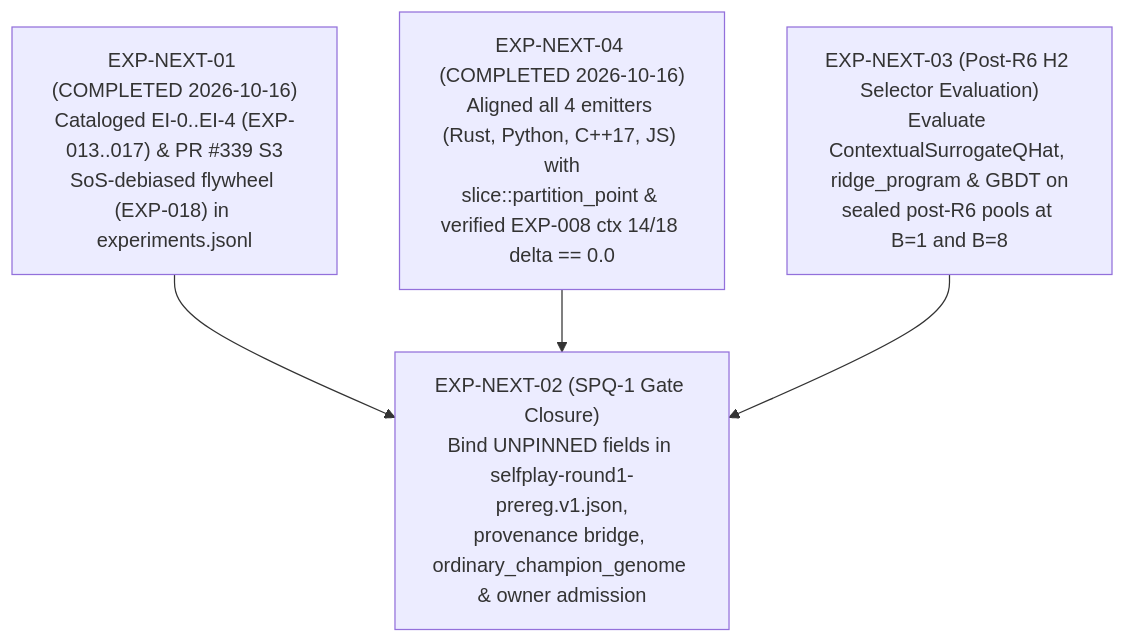
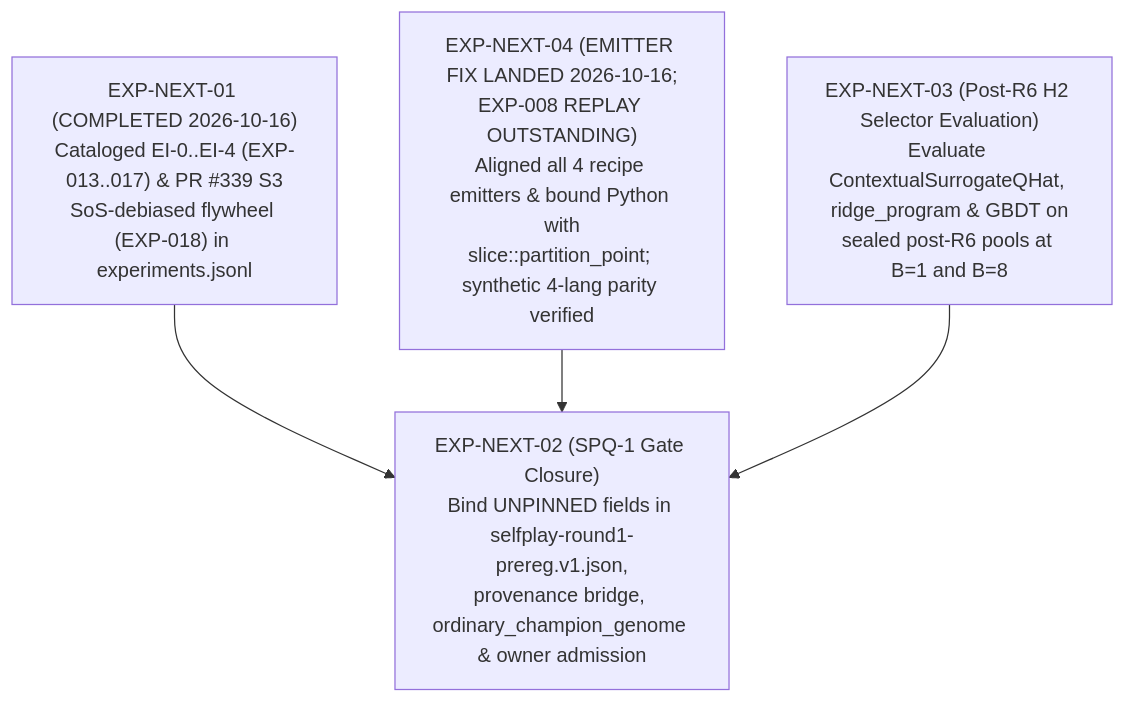
Before and after one commit to neverhuman/JopeDime: the diagram in docs/experiments/SYNTHESIS_AND_NEXT_EXPERIMENTS.md, drawn with Mermaid. The commit also changed other lines of this file and 26 other files, not shown here.

Commit message:
fix(feat-math): gate partition_point quantile emitters behind EmitOptions and restore v1/v2 freeze

````diff
--- a/docs/experiments/SYNTHESIS_AND_NEXT_EXPERIMENTS.md
+++ b/docs/experiments/SYNTHESIS_AND_NEXT_EXPERIMENTS.md
@@ -57,6 +57,6 @@
 ```mermaid
 flowchart TD
     A["EXP-NEXT-01 (COMPLETED 2026-10-16)<br/>Cataloged EI-0..EI-4 (EXP-013..017) & PR #339 S3<br/>SoS-debiased flywheel (EXP-018) in experiments.jsonl"] --> B["EXP-NEXT-02 (SPQ-1 Gate Closure)<br/>Bind UNPINNED fields in selfplay-round1-prereg.v1.json,<br/>provenance bridge, ordinary_champion_genome & owner admission"]
-    C["EXP-NEXT-04 (COMPLETED 2026-10-16)<br/>Aligned all 4 emitters (Rust, Python, C++17, JS) with<br/>slice::partition_point & verified EXP-008 ctx 14/18 delta == 0.0"] --> B
+    C["EXP-NEXT-04 (EMITTER FIX LANDED 2026-10-16;<br/>EXP-008 REPLAY OUTSTANDING)<br/>Aligned all 4 recipe emitters & bound Python with<br/>slice::partition_point; synthetic 4-lang parity verified"] --> B
     D["EXP-NEXT-03 (Post-R6 H2 Selector Evaluation)<br/>Evaluate ContextualSurrogateQHat, ridge_program & GBDT on<br/>sealed post-R6 pools at B=1 and B=8"] --> B
 ```
````
